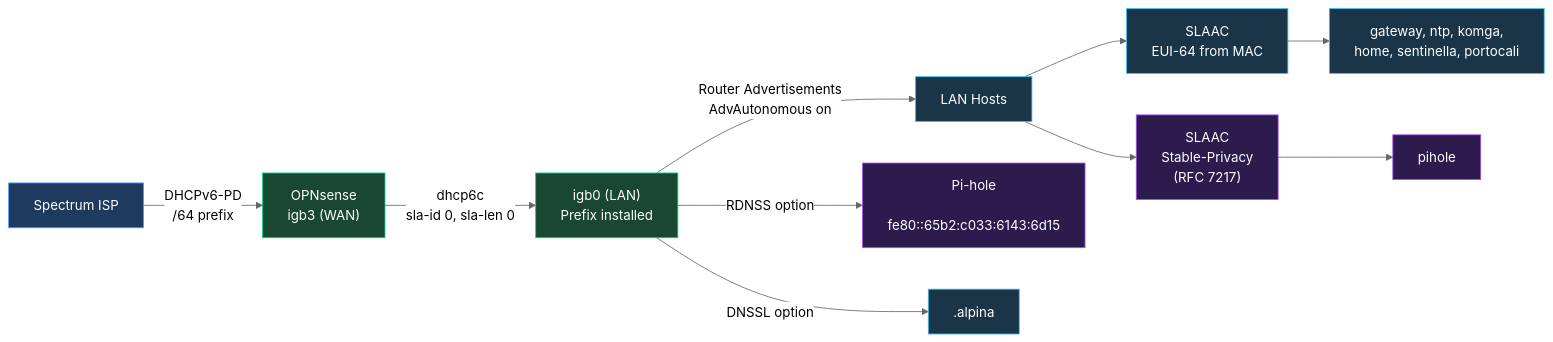
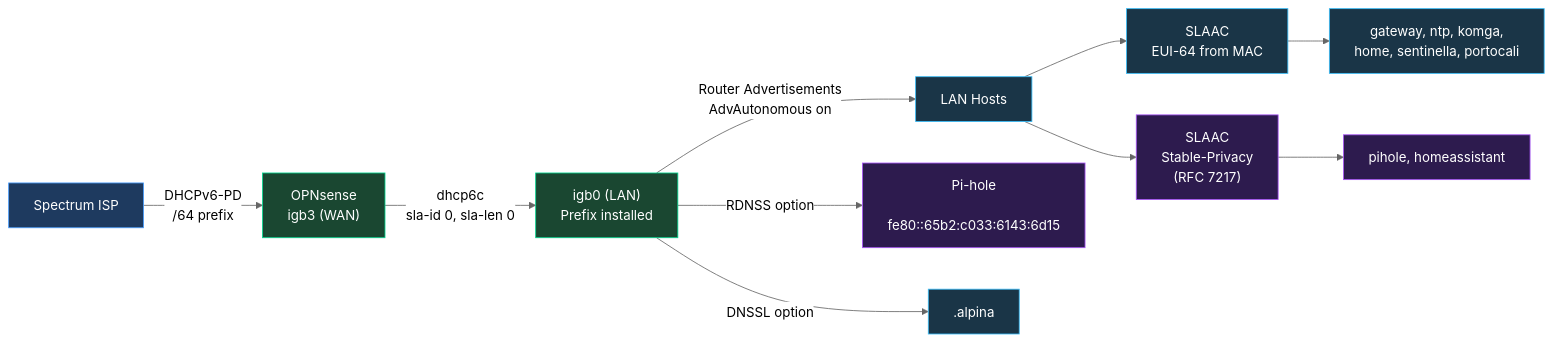
Before and after one commit to ParkWardRR/server.alpina-cleanup: the second of 5 diagrams in docs/network-diagram.md, drawn with Mermaid (neutral theme). The commit also changed other lines of this file and 4 other files, not shown here.

````diff
--- a/docs/network-diagram.md
+++ b/docs/network-diagram.md
@@ -143,38 +141,38 @@
 ```mermaid
 flowchart LR
     A["Spectrum ISP"] -- "DHCPv6-PD
     /64 prefix" --> B["OPNsense
     igb3 (WAN)"]
 
     B -- "dhcp6c
     sla-id 0, sla-len 0" --> C["igb0 (LAN)
     Prefix installed"]
 
     C -- "Router Advertisements
     AdvAutonomous on" --> D["LAN Hosts"]
 
     D --> E["SLAAC
     EUI-64 from MAC"]
     D --> F["SLAAC
     Stable-Privacy
     (RFC 7217)"]
 
     E --> G["gateway, ntp, komga,
     home, sentinella, portocali"]
-    F --> H["pihole"]
+    F --> H["pihole, homeassistant"]
 
     C -- "RDNSS option" --> I["Pi-hole
     fe80::65b2:c033:6143:6d15"]
     C -- "DNSSL option" --> J[".alpina"]
 
     style A fill:#1e3a5f,stroke:#4a9eff,color:#fff
     style B fill:#1a4731,stroke:#00d68f,color:#fff
     style C fill:#1a4731,stroke:#00d68f,color:#fff
     style D fill:#1a3547,stroke:#38bdf8,color:#fff
     style E fill:#1a3547,stroke:#38bdf8,color:#fff
     style F fill:#2d1b4e,stroke:#a855f7,color:#fff
     style G fill:#1a3547,stroke:#38bdf8,color:#fff
     style H fill:#2d1b4e,stroke:#a855f7,color:#fff
     style I fill:#2d1b4e,stroke:#a855f7,color:#fff
     style J fill:#1a3547,stroke:#38bdf8,color:#fff
 ```
````
